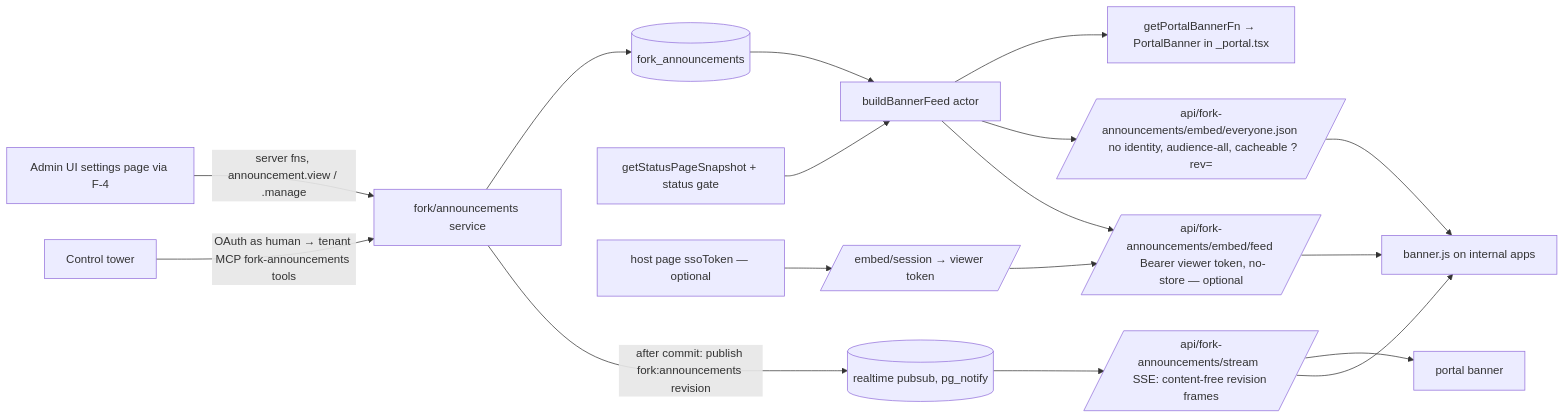
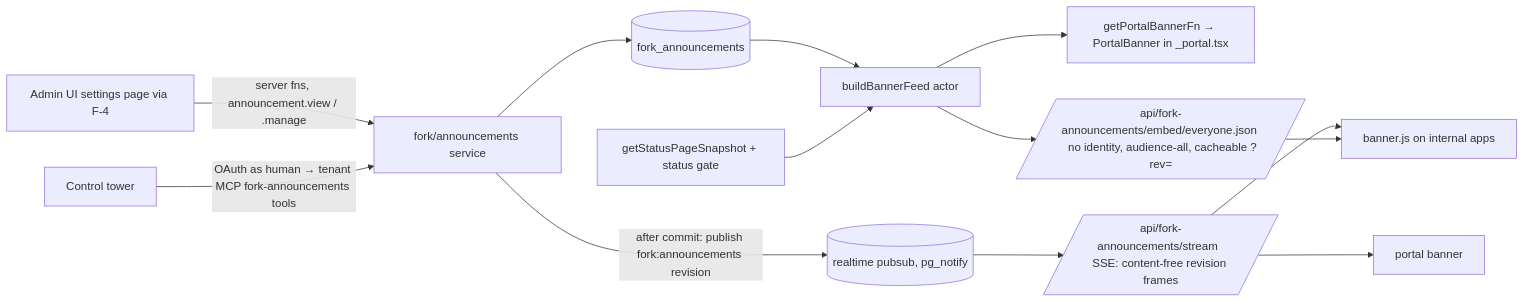
The diagram in plans/v2/60-announcements-banner.md (adamstavely/quackback), drawn with Mermaid before and after one commit. The commit also changed other lines of this file and 1 other file, not shown here.

Commit message:
docs(plans): simplify announcements to Everyone-only banners

````diff
--- a/plans/v2/60-announcements-banner.md
+++ b/plans/v2/60-announcements-banner.md
@@ -114,16 +112,14 @@
 ```mermaid
 flowchart LR
   AD[Admin UI settings page via F-4] -->|server fns, announcement.view / .manage| SVC
   TW[Control tower] -->|OAuth as human → tenant MCP fork-announcements tools| SVC
   SVC[fork/announcements service] --> T[(fork_announcements)]
   SVC -->|after commit: publish fork:announcements revision| PS[(realtime pubsub, pg_notify)]
   T --> FEED[buildBannerFeed actor]
   ST[getStatusPageSnapshot + status gate] --> FEED
   FEED --> PF[getPortalBannerFn → PortalBanner in _portal.tsx]
   FEED --> EV[/api/fork-announcements/embed/everyone.json  no identity, audience-all, cacheable ?rev=/]
-  FEED --> EF[/api/fork-announcements/embed/feed  Bearer viewer token, no-store — optional/]
   PS --> SS[/api/fork-announcements/stream  SSE: content-free revision frames/]
   SS --> PB[portal banner] & BJ[banner.js on internal apps]
   EV --> BJ
-  HOST[host page ssoToken — optional] --> SX[/embed/session → viewer token/] --> EF --> BJ
 ```
````
